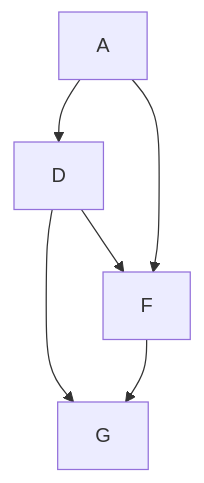
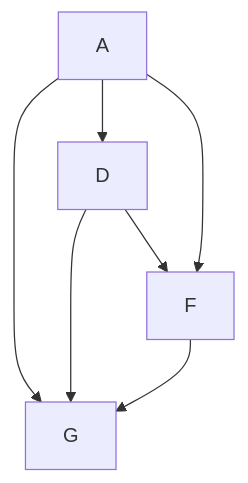
The ninth of 10 diagrams in Magistrale/Distributed Systems/Chapters/Concorrenza.md (AliceOrlandini/University), drawn with Mermaid before and after one commit. The commit also changed 2 other files, not shown here.

Commit message:
vault backup: 2024-09-25 14:03:06

````diff
--- a/Magistrale/Distributed Systems/Chapters/Concorrenza.md
+++ b/Magistrale/Distributed Systems/Chapters/Concorrenza.md
@@ -166,8 +166,9 @@
 ```mermaid
 graph TD; 
 	A-->D;
+	A-->G;
 	D-->F;
 	A-->F;
 	D-->G;
 	F-->G;
 ```
````
